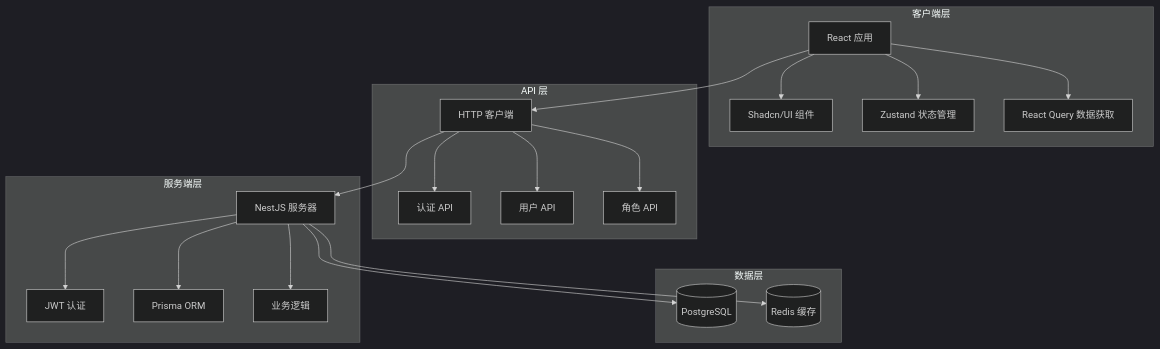
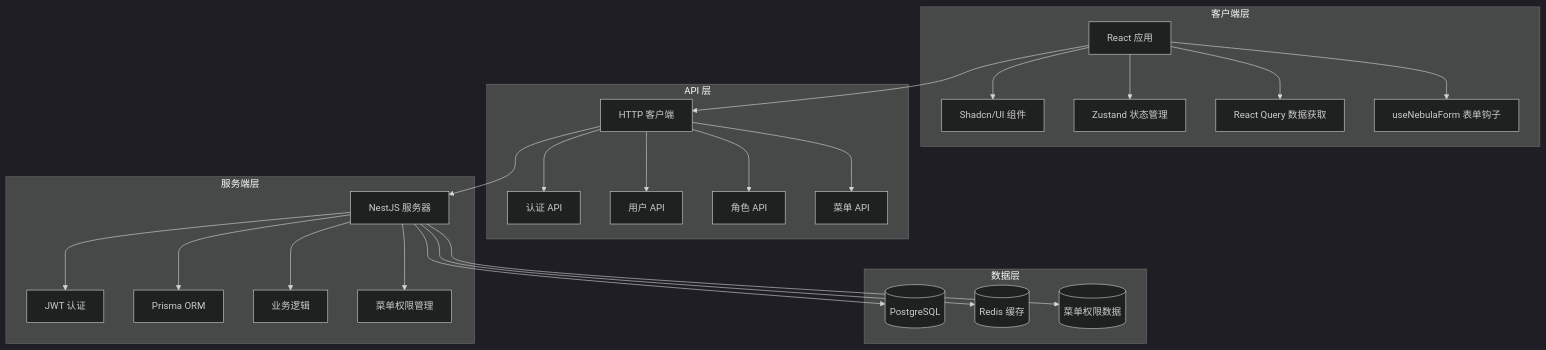
Before and after one commit to translateServers/nodes-stack: the third of 10 diagrams in .qoder/repowiki/zh/content/开发工具/Shadcn_UI 技能系统.md, drawn with Mermaid (dark theme). The commit also changed other lines of this file and 17 other files, not shown here.

````diff
--- a/.qoder/repowiki/zh/content/开发工具/Shadcn_UI 技能系统.md
+++ b/.qoder/repowiki/zh/content/开发工具/Shadcn_UI 技能系统.md
@@ -139,26 +154,31 @@
 ```mermaid
 graph TB
 subgraph "客户端层"
 A[React 应用] --> B[Shadcn/UI 组件]
 A --> C[Zustand 状态管理]
 A --> D[React Query 数据获取]
+A --> E[useNebulaForm 表单钩子]
 end
 subgraph "API 层"
-E[HTTP 客户端] --> F[认证 API]
-E --> G[用户 API]
-E --> H[角色 API]
+F[HTTP 客户端] --> G[认证 API]
+F --> H[用户 API]
+F --> I[角色 API]
+F --> J[菜单 API]
 end
 subgraph "服务端层"
-I[NestJS 服务器] --> J[JWT 认证]
-I --> K[Prisma ORM]
-I --> L[业务逻辑]
+K[NestJS 服务器] --> L[JWT 认证]
+K --> M[Prisma ORM]
+K --> N[业务逻辑]
+K --> O[菜单权限管理]
 end
 subgraph "数据层"
-M[(PostgreSQL)]
-N[(Redis 缓存)]
+P[(PostgreSQL)]
+Q[(Redis 缓存)]
+R[(菜单权限数据)]
 end
-A --> E
-E --> I
-I --> M
-I --> N
+A --> F
+F --> K
+K --> P
+K --> Q
+K --> R
 ```
````
